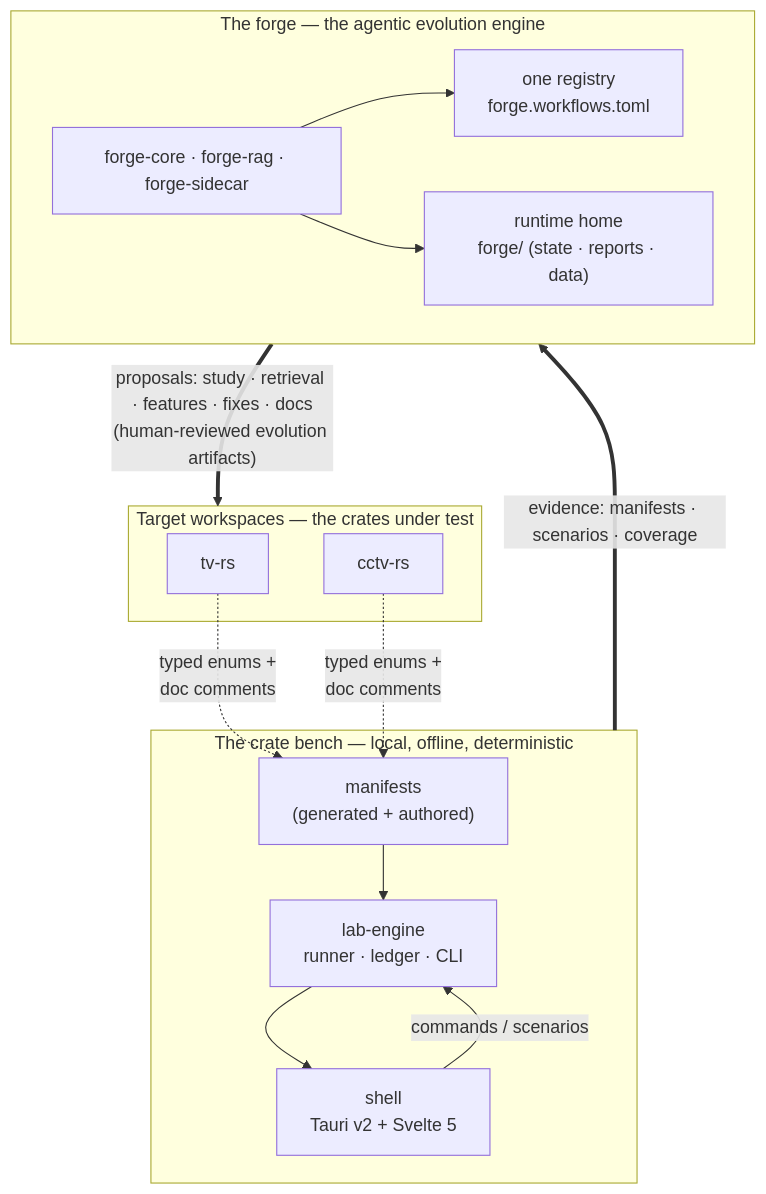
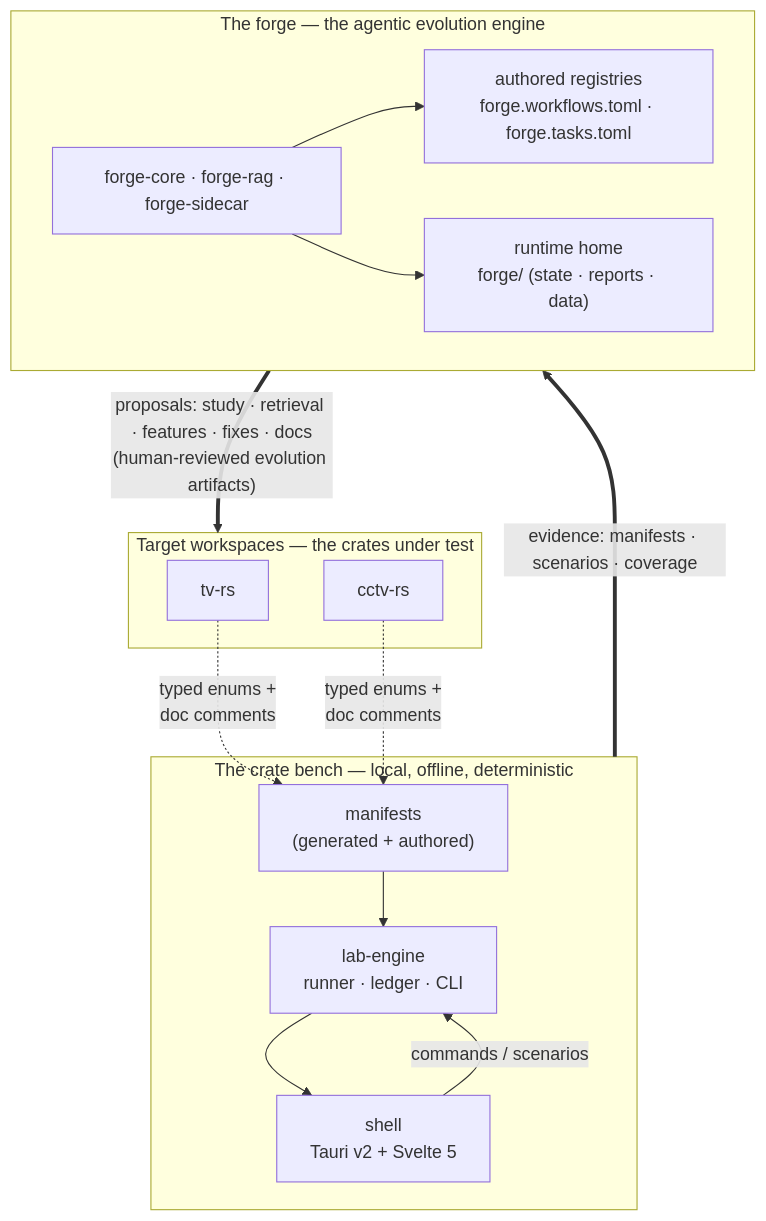
Before and after one commit to Zakarialabib/crateslab: the first of 6 diagrams in docs/01-architecture.md, drawn with Mermaid. The commit also changed other lines of this file and 8 other files, not shown here.

````diff
--- a/docs/01-architecture.md
+++ b/docs/01-architecture.md
@@ -13,29 +13,29 @@
 ```mermaid
 flowchart TB
   subgraph BENCH["The crate bench — local, offline, deterministic"]
     M["manifests\n(generated + authored)"]
     E["lab-engine\nrunner · ledger · CLI"]
     S["shell\nTauri v2 + Svelte 5"]
     M --> E
     E --> S
     S -->|"commands / scenarios"| E
   end
 
   subgraph TARGET["Target workspaces — the crates under test"]
     TV["tv-rs"]
     CC["cctv-rs"]
   end
 
   subgraph FORGE["The forge — the agentic evolution engine"]
-    REG["one registry\nforge.workflows.toml"]
+    REG["authored registries\nforge.workflows.toml · forge.tasks.toml"]
     CR["forge-core · forge-rag · forge-sidecar"]
     HOME["runtime home\nforge/ (state · reports · data)"]
     CR --> REG
     CR --> HOME
   end
 
   TV -. "typed enums +\ndoc comments" .-> M
   CC -. "typed enums +\ndoc comments" .-> M
   BENCH == "evidence: manifests · scenarios · coverage" ==> FORGE
   FORGE == "proposals: study · retrieval · features · fixes · docs\n(human-reviewed evolution artifacts)" ==> TARGET
 ```
````
